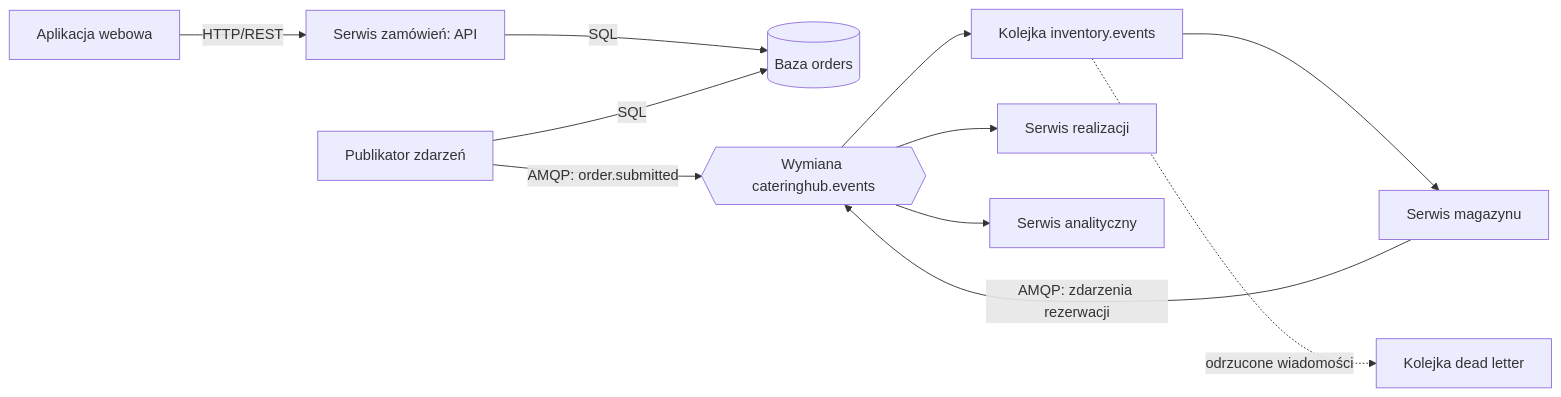
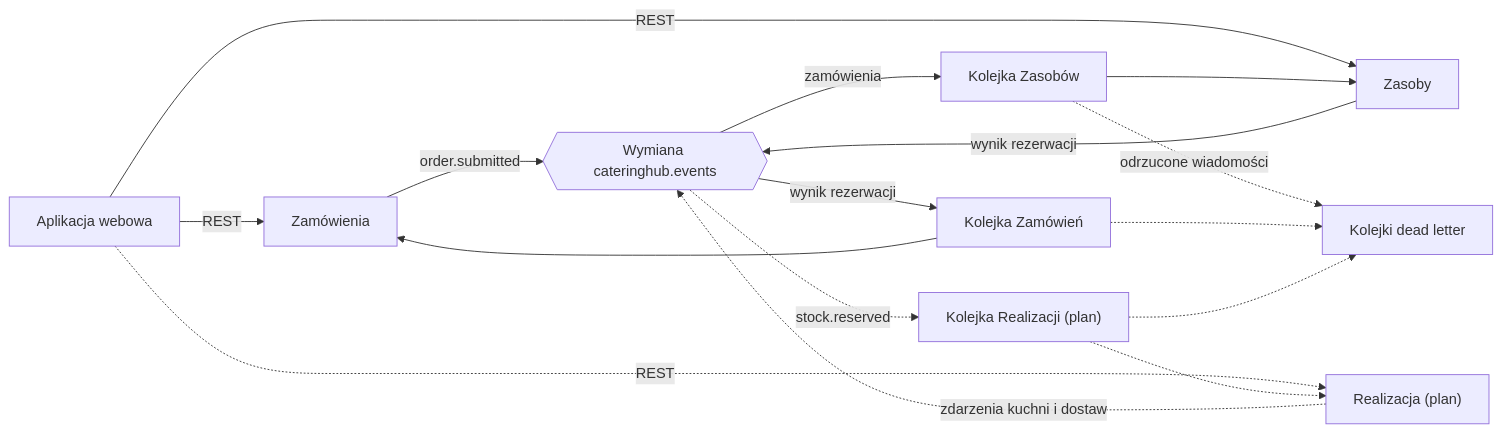
The fourth of 6 diagrams in docs/raport/rozdzial-06-architektura.md (makskosciolek/catering-management-system), drawn with Mermaid before and after one commit. The commit also changed other lines of this file and 11 other files, not shown here.

````diff
--- a/docs/raport/rozdzial-06-architektura.md
+++ b/docs/raport/rozdzial-06-architektura.md
@@ -321,24 +334,26 @@
 ```mermaid
 flowchart LR
     spa["Aplikacja webowa"]
-    api["Serwis zamówień: API"]
-    pub["Publikator zdarzeń"]
-    odb[("Baza orders")]
+    orders["Zamówienia"]
+    inv["Zasoby"]
+    ful["Realizacja (plan)"]
     ex{{"Wymiana cateringhub.events"}}
-    q1["Kolejka inventory.events"]
-    dlq["Kolejka dead letter"]
-    inv["Serwis magazynu"]
-    ful["Serwis realizacji"]
-    ana["Serwis analityczny"]
+    q1["Kolejka Zasobów"]
+    q2["Kolejka Zamówień"]
+    q3["Kolejka Realizacji (plan)"]
+    dlq["Kolejki dead letter"]
 
-    spa -- "HTTP/REST" --> api
-    api -- "SQL" --> odb
-    pub -- "SQL" --> odb
-    pub -- "AMQP: order.submitted" --> ex
-    ex --> q1
-    q1 --> inv
+    spa -- "REST" --> orders
+    spa -- "REST" --> inv
+    spa -. "REST" .-> ful
+    orders -- "order.submitted" --> ex
+    ex -- "zamówienia" --> q1 --> inv
+    inv -- "wynik rezerwacji" --> ex
+    ex -- "wynik rezerwacji" --> q2 --> orders
+    ex -. "stock.reserved" .-> q3
+    q3 -.-> ful
+    ful -. "zdarzenia kuchni i dostaw" .-> ex
     q1 -. "odrzucone wiadomości" .-> dlq
-    inv -- "AMQP: zdarzenia rezerwacji" --> ex
-    ex --> ful
-    ex --> ana
+    q2 -.-> dlq
+    q3 -.-> dlq
 ```
````
